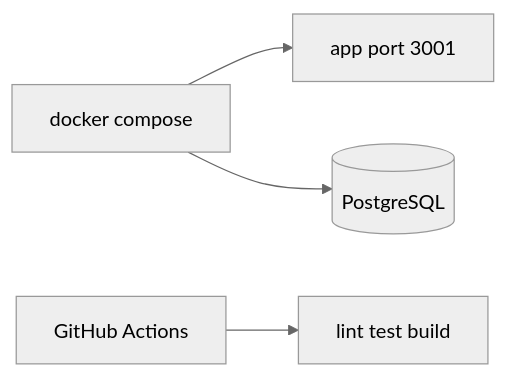
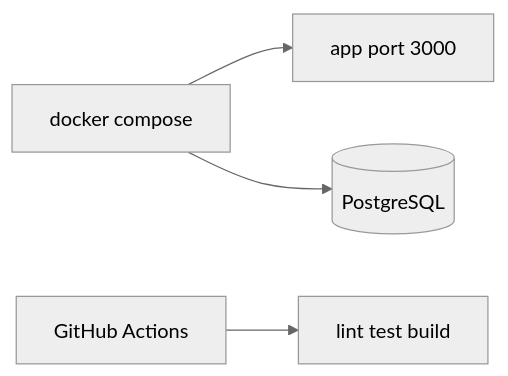
Before and after one commit to AnasMahhou10/Velib-Project: the second of 2 diagrams in docs/00-kickoff-pack/05-architecture.md, drawn with Mermaid (neutral theme). The commit also changed 6 other files, not shown here.

Commit message:
Unify app on port 3000 for Docker and local dev

````diff
--- a/docs/00-kickoff-pack/05-architecture.md
+++ b/docs/00-kickoff-pack/05-architecture.md
@@ -92,6 +92,6 @@
 ```mermaid
 flowchart LR
-  DC["docker compose"] --> APP["app port 3001"]
+  DC["docker compose"] --> APP["app port 3000"]
   DC --> DB[(PostgreSQL)]
   GHA["GitHub Actions"] --> CI["lint test build"]
 ```
````
